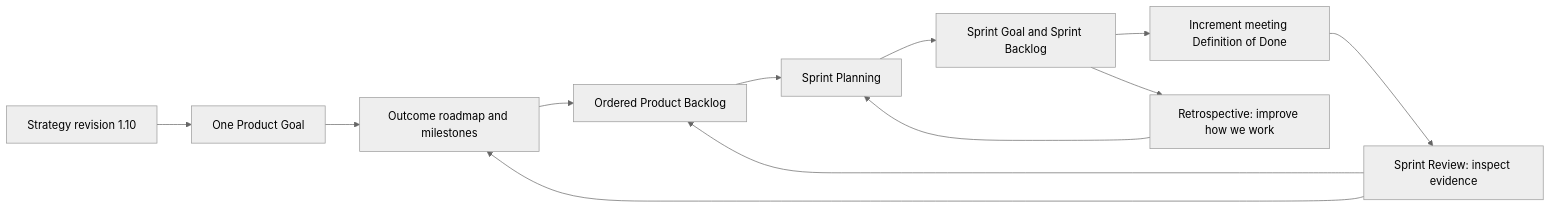
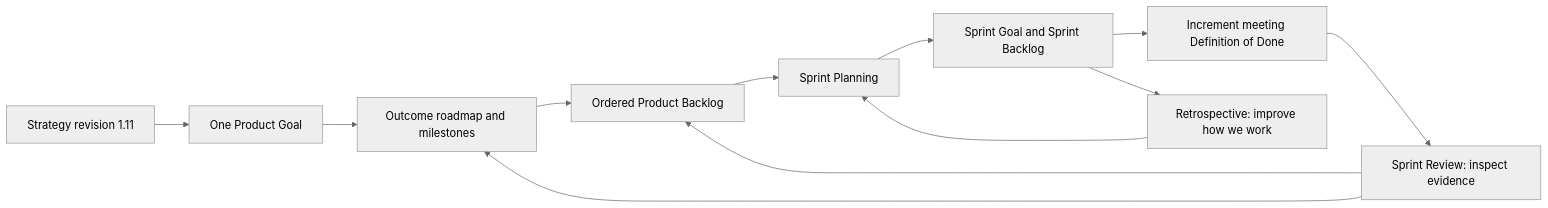
Before and after one commit to PyBLE-dev/PyBLE: the diagram in docs/developments/2026-q4-reliable-workflow/01_Overview_and_Scrum_Framework.md, drawn with Mermaid (neutral theme). The commit also changed other lines of this file and 15 other files, not shown here.

````diff
--- a/docs/developments/2026-q4-reliable-workflow/01_Overview_and_Scrum_Framework.md
+++ b/docs/developments/2026-q4-reliable-workflow/01_Overview_and_Scrum_Framework.md
@@ -57,14 +59,14 @@
 ```mermaid
 flowchart LR
-    Strategy["Strategy revision 1.10"] --> Goal["One Product Goal"]
+    Strategy["Strategy revision 1.11"] --> Goal["One Product Goal"]
     Goal --> Roadmap["Outcome roadmap and milestones"]
     Roadmap --> Product["Ordered Product Backlog"]
     Product --> Planning["Sprint Planning"]
     Planning --> Sprint["Sprint Goal and Sprint Backlog"]
     Sprint --> Increment["Increment meeting Definition of Done"]
     Increment --> Review["Sprint Review: inspect evidence"]
     Review --> Product
     Review --> Roadmap
     Sprint --> Retro["Retrospective: improve how we work"]
     Retro --> Planning
 ```
````
